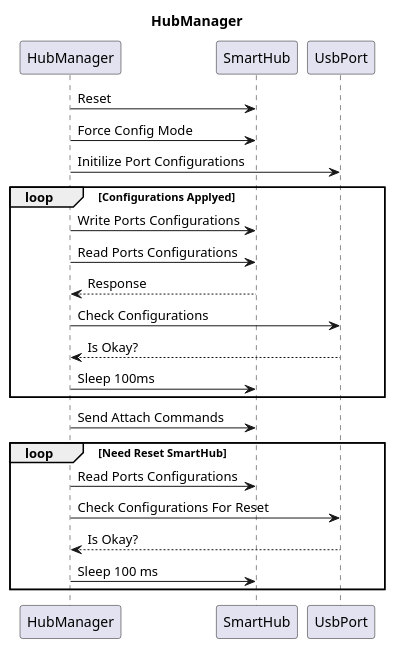
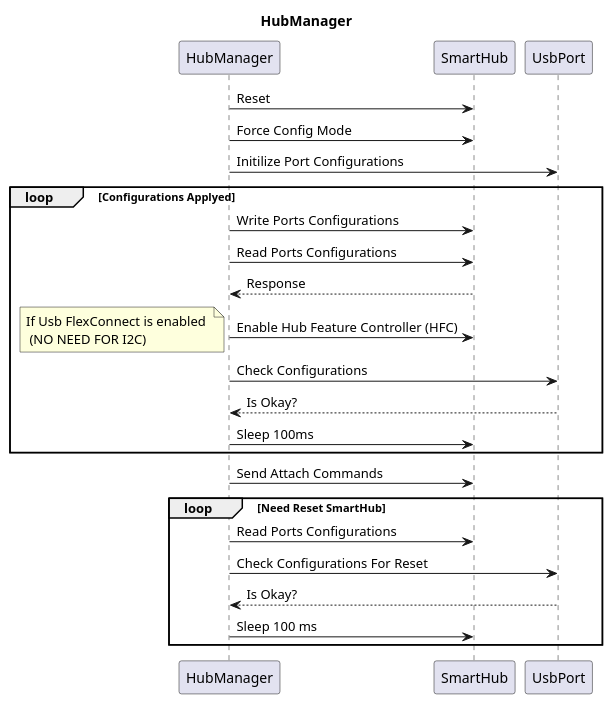
One commit to functionland/MicrochipSmartHub changed the diagram in Documents/Sequence.wsd. Above: the diagram before and after it, drawn with PlantUML. The commit also changed 5 other files, not shown here.

```diff
--- a/Documents/Sequence.wsd
+++ b/Documents/Sequence.wsd
@@ -1,25 +1,26 @@
 @startuml
 title HubManager
 
 HubManager -> SmartHub: Reset
 HubManager -> SmartHub: Force Config Mode
 HubManager -> UsbPort: Initilize Port Configurations
 
 loop Configurations Applyed
     HubManager -> SmartHub: Write Ports Configurations
     HubManager -> SmartHub: Read Ports Configurations
     SmartHub   --> HubManager: Response
+    HubManager -> SmartHub: Enable Hub Feature Controller (HFC)
+    note left: If Usb FlexConnect is enabled \n (NO NEED FOR I2C)
     HubManager -> UsbPort: Check Configurations
     UsbPort --> HubManager: Is Okay?
     HubManager -> SmartHub: Sleep 100ms
 end
-
 HubManager -> SmartHub: Send Attach Commands
 
 loop Need Reset SmartHub
     HubManager -> SmartHub: Read Ports Configurations
     HubManager -> UsbPort: Check Configurations For Reset
     UsbPort --> HubManager: Is Okay?
     HubManager -> SmartHub: Sleep 100 ms
 end
 @enduml
```
